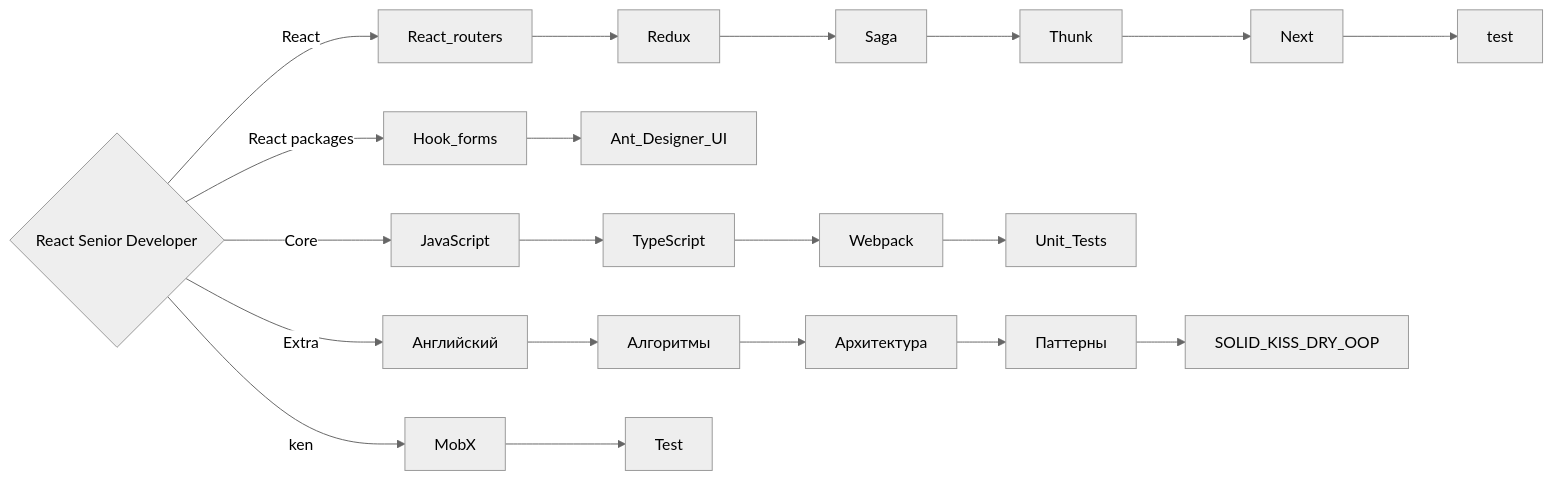
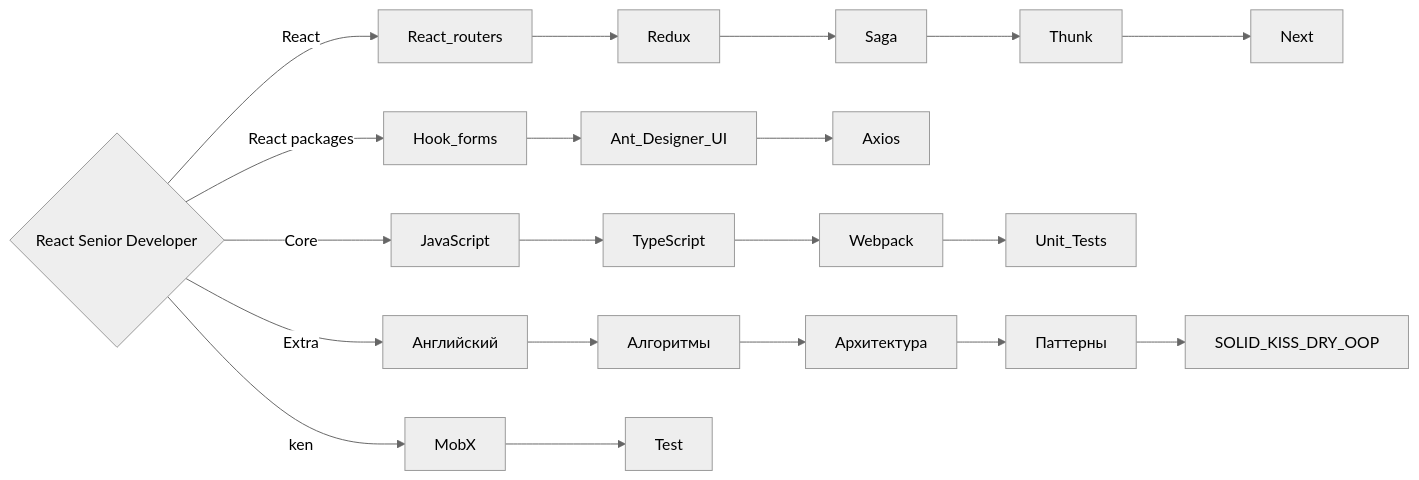
Before and after one commit to cossack-don/react-help: the diagram in README.md, drawn with Mermaid (neutral theme).

Commit message:
feat: added new lib

````diff
--- a/README.md
+++ b/README.md
@@ -9,11 +9,11 @@
 ```mermaid
 
    flowchart LR
     
      C{React Senior Developer}
-    C -->|React| D[React_routers] --> Redux --> Saga --> Thunk --> Next --> test
-    C -->|React packages| X[Hook_forms] --> Ant_Designer_UI
+    C -->|React| D[React_routers] --> Redux --> Saga --> Thunk --> Next
+    C -->|React packages| X[Hook_forms] --> Ant_Designer_UI --> Axios
     C -->|Core| E[JavaScript] --> TypeScript --> Webpack --> Unit_Tests
     C -->|Extra| G[Английский] --> Алгоритмы --> Архитектура --> Паттерны --> SOLID_KISS_DRY_OOP
     C -->|ken| W[MobX] --> Test
 ```
````
